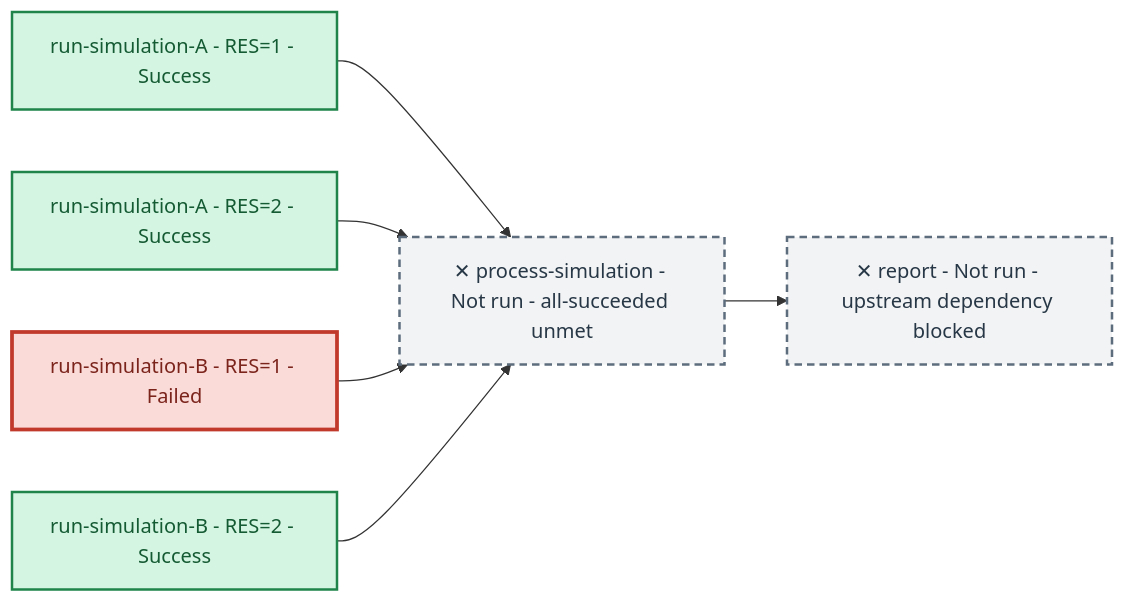
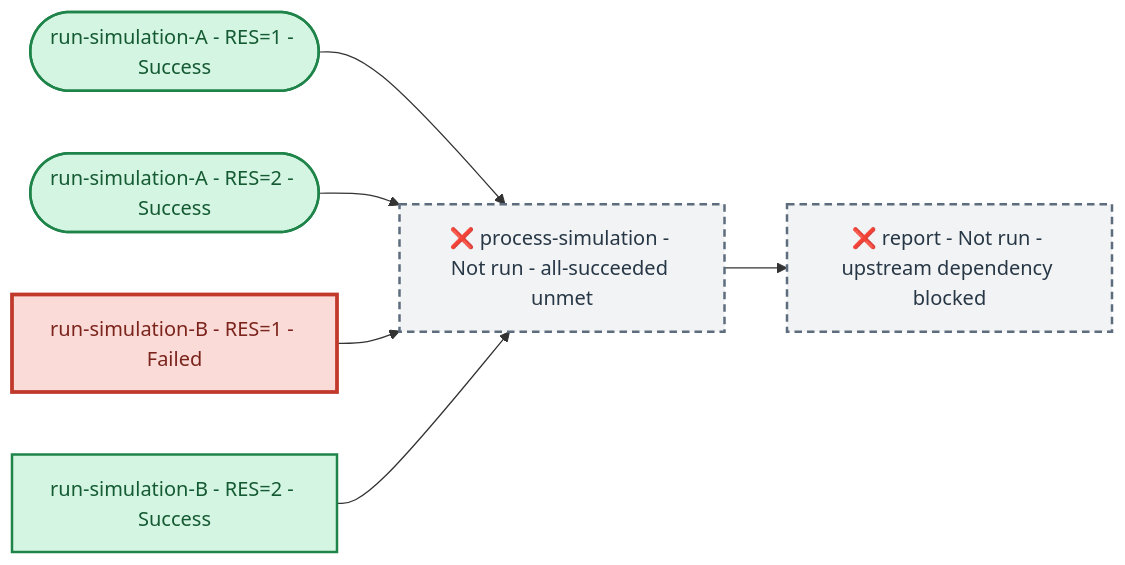
Before and after one commit to LLNL/maestrowf: the second of 4 diagrams in docs/Maestro/meps/mep-004-step-dependency-execution-policy.md, drawn with Mermaid. The commit also changed other lines of this file, not shown here.

````diff
--- a/docs/Maestro/meps/mep-004-step-dependency-execution-policy.md
+++ b/docs/Maestro/meps/mep-004-step-dependency-execution-policy.md
@@ -258,23 +258,23 @@
 ```mermaid
 flowchart LR
-    A1["run-simulation-A - RES=1 - Success"]
-    A2["run-simulation-A - RES=2 - Success"]
+    A1(["run-simulation-A - RES=1 - Success"])
+    A2(["run-simulation-A - RES=2 - Success"])
     B1["run-simulation-B - RES=1 - Failed"]
     B2["run-simulation-B - RES=2 - Success"]
-    P["✕ process-simulation - Not run - all-succeeded unmet"]
-    R["✕ report - Not run - upstream dependency blocked"]
+    P["❌ process-simulation - Not run - all-succeeded unmet"]
+    R["❌ report - Not run - upstream dependency blocked"]
 
     A1 --> P
     A2 --> P
     B1 --> P
     B2 --> P
     P --> R
 
     classDef success fill:#d5f5e3,stroke:#1e8449,color:#145a32,stroke-width:2px
     classDef failed fill:#fadbd8,stroke:#c0392b,color:#7b241c,stroke-width:3px
     classDef blocked fill:#f2f3f4,stroke:#5d6d7e,color:#273746,stroke-width:2px,stroke-dasharray:6 4
 
     class A1,A2,B2 success
     class B1 failed
     class P,R blocked
 ```
````
